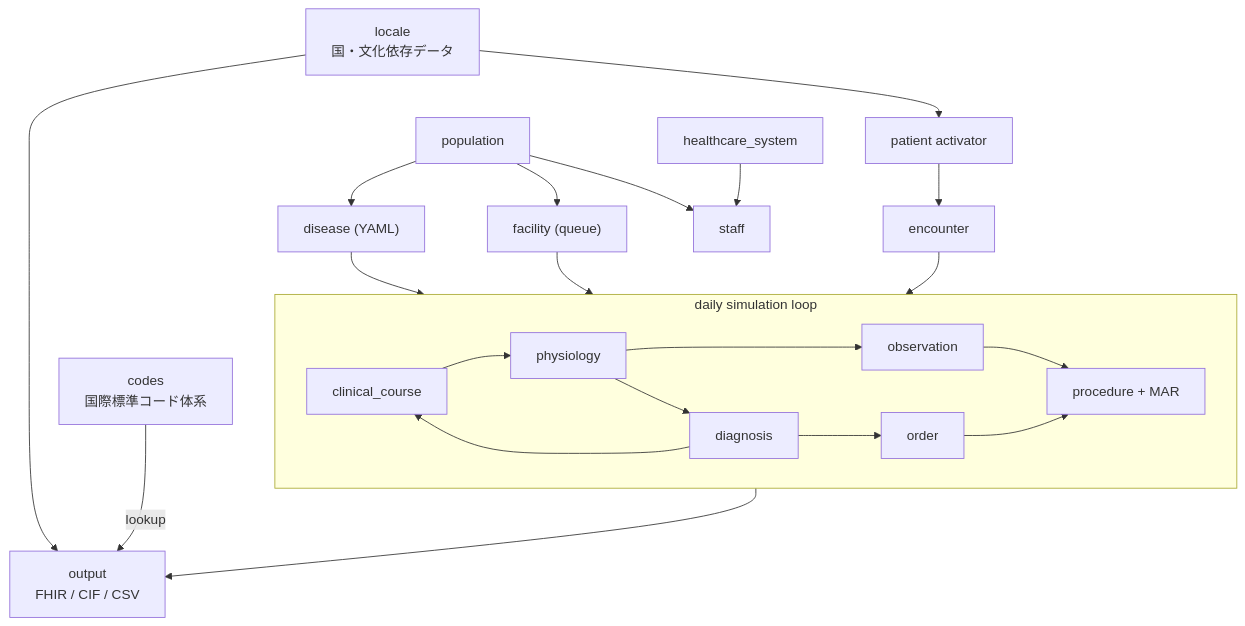
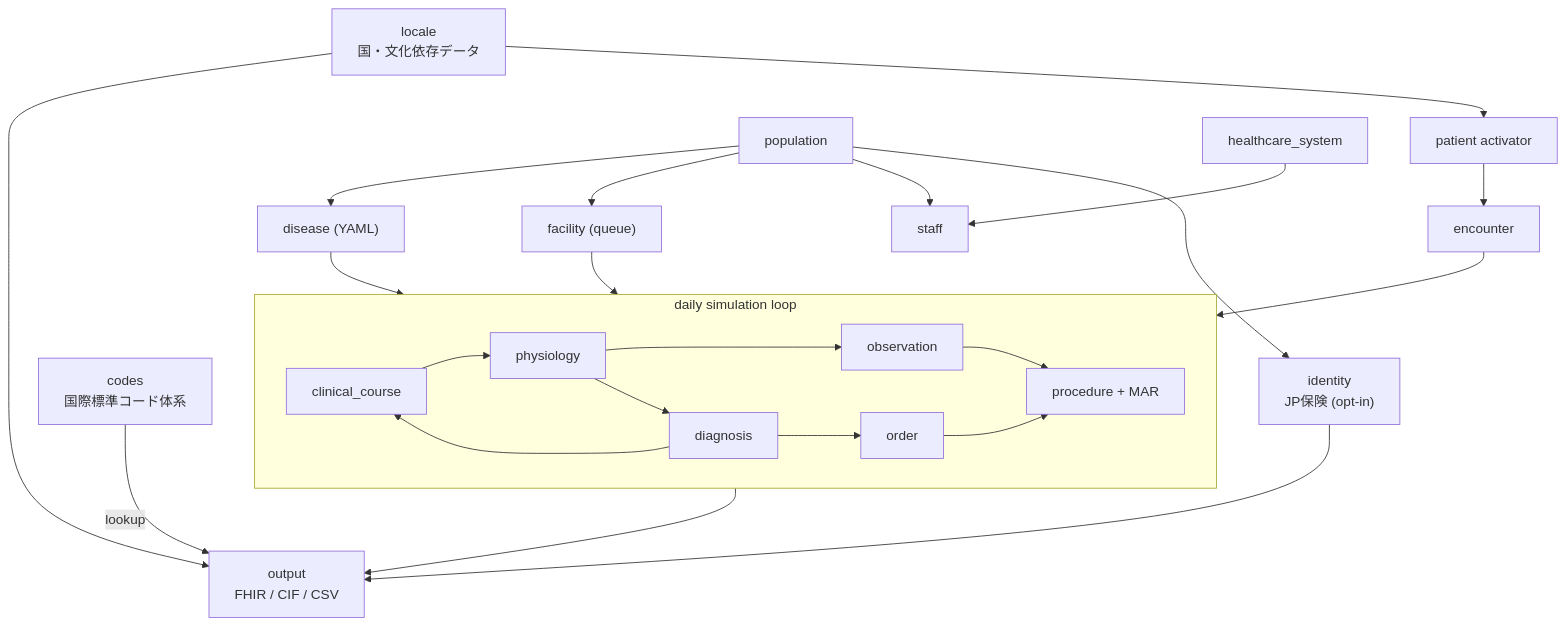
Before and after one commit to TomoOkuyama/clinosim: the second of 2 diagrams in README.ja.md, drawn with Mermaid. The commit also changed other lines of this file and 3 other files, not shown here.

First line of the commit message:
docs: sync README/CLAUDE/output for AD-54/55/56 (identity, Coverage, registries)

````diff
--- a/README.ja.md
+++ b/README.ja.md
@@ -614,36 +616,39 @@
 ```mermaid
 flowchart TD
     codes["codes<br/>国際標準コード体系"]
     locale["locale<br/>国・文化依存データ"]
     output["output<br/>FHIR / CIF / CSV"]
     patient["patient activator"]
     encounter["encounter"]
     disease["disease (YAML)"]
     facility["facility (queue)"]
     population["population"]
     staff["staff"]
     healthcare["healthcare_system"]
+    identity["identity<br/>JP保険 (opt-in)"]
 
     subgraph loop["daily simulation loop"]
         cc["clinical_course"] --> phys["physiology"]
         phys --> obs["observation"]
         phys --> dx["diagnosis"]
         dx --> cc
         obs --> proc["procedure + MAR"]
         dx --> order["order"]
         order --> proc
     end
 
     codes -->|lookup| output
     locale --> output
     locale --> patient
     patient --> encounter
     encounter --> loop
     disease --> loop
     facility --> loop
     loop --> output
     population --> disease
     population --> facility
     population --> staff
     healthcare --> staff
+    population --> identity
+    identity --> output
 ```
````
